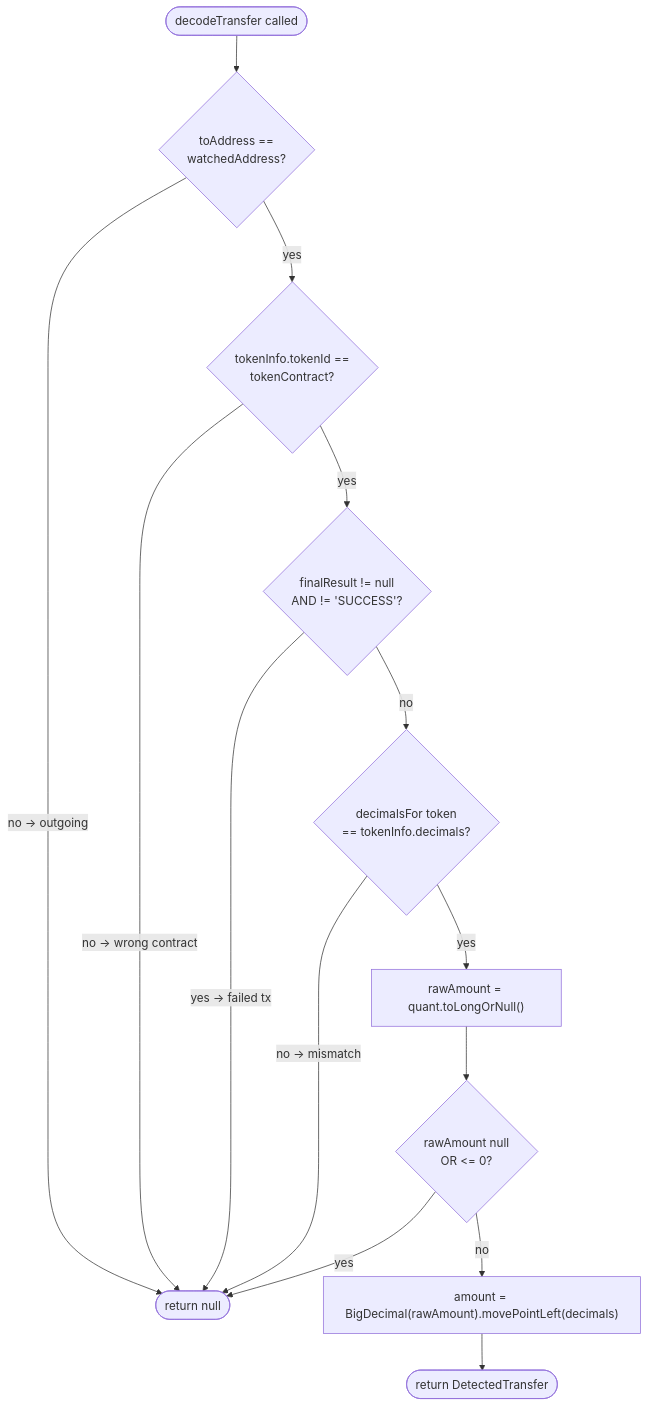
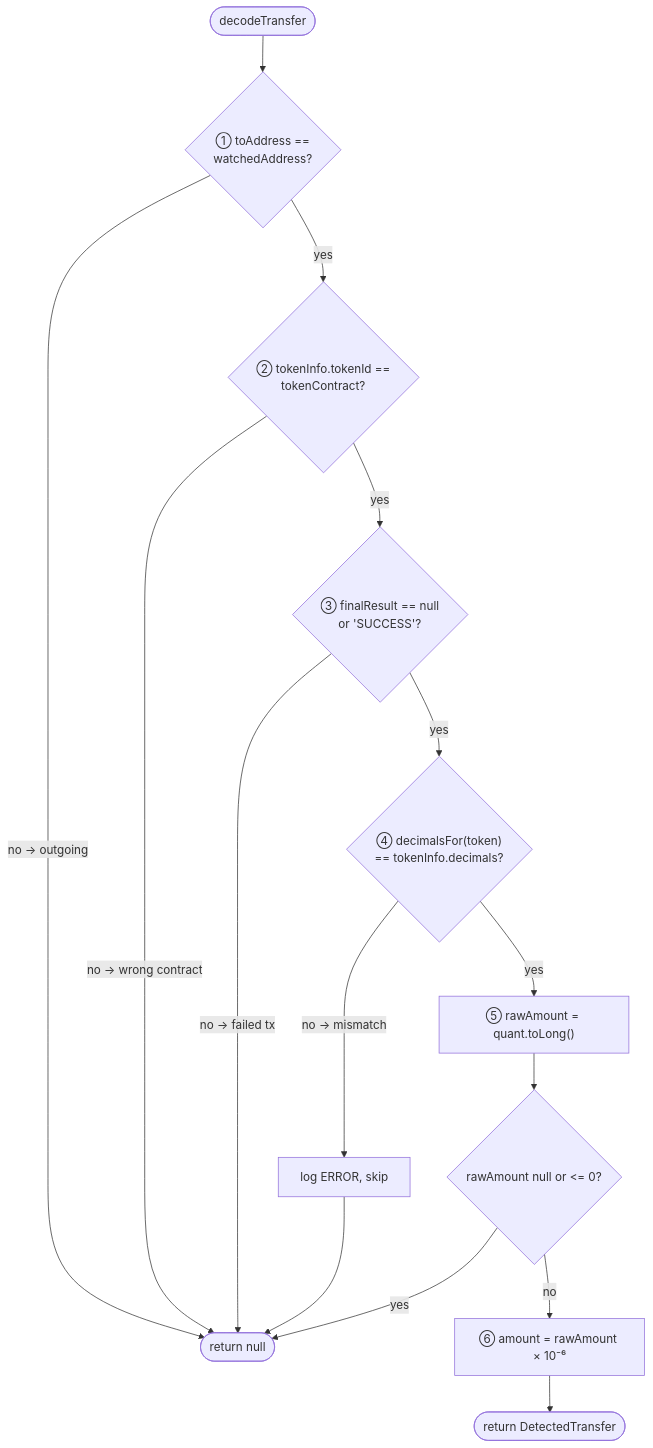
One commit to idem-finance/idem changed the fourth of 4 diagrams in docs/tron-chain-reader.md. Above: the diagram before and after it, drawn with Mermaid. The commit also changed other lines of this file and 2 other files, not shown here.

````diff
--- a/docs/tron-chain-reader.md
+++ b/docs/tron-chain-reader.md
@@ -167,16 +163,16 @@
 ```mermaid
 flowchart TD
-    A([decodeTransfer called]) --> B{toAddress ==\nwatchedAddress?}
+    A([decodeTransfer]) --> B{"① toAddress ==\nwatchedAddress?"}
     B -- no → outgoing --> SKIP([return null])
-    B -- yes --> C{tokenInfo.tokenId ==\ntokenContract?}
+    B -- yes --> C{"② tokenInfo.tokenId ==\ntokenContract?"}
     C -- no → wrong contract --> SKIP
-    C -- yes --> D{finalResult != null\nAND != 'SUCCESS'?}
-    D -- yes → failed tx --> SKIP
-    D -- no --> E{decimalsFor token\n== tokenInfo.decimals?}
-    E -- no → mismatch --> SKIP
-    E -- yes --> F["rawAmount = quant.toLongOrNull()"]
-    F --> G{rawAmount null\nOR <= 0?}
+    C -- yes --> D{"③ finalResult == null\nor 'SUCCESS'?"}
+    D -- no → failed tx --> SKIP
+    D -- yes --> E{"④ decimalsFor(token)\n== tokenInfo.decimals?"}
+    E -- no → mismatch --> ERR["log ERROR, skip"] --> SKIP
+    E -- yes --> F["⑤ rawAmount = quant.toLong()"]
+    F --> G{rawAmount null or <= 0?}
     G -- yes --> SKIP
-    G -- no --> H["amount = BigDecimal(rawAmount).movePointLeft(decimals)"]
-    H --> I([return DetectedTransfer])
+    G -- no --> H["⑥ amount = rawAmount × 10⁻⁶"]
+    H --> Z([return DetectedTransfer])
 ```
````
